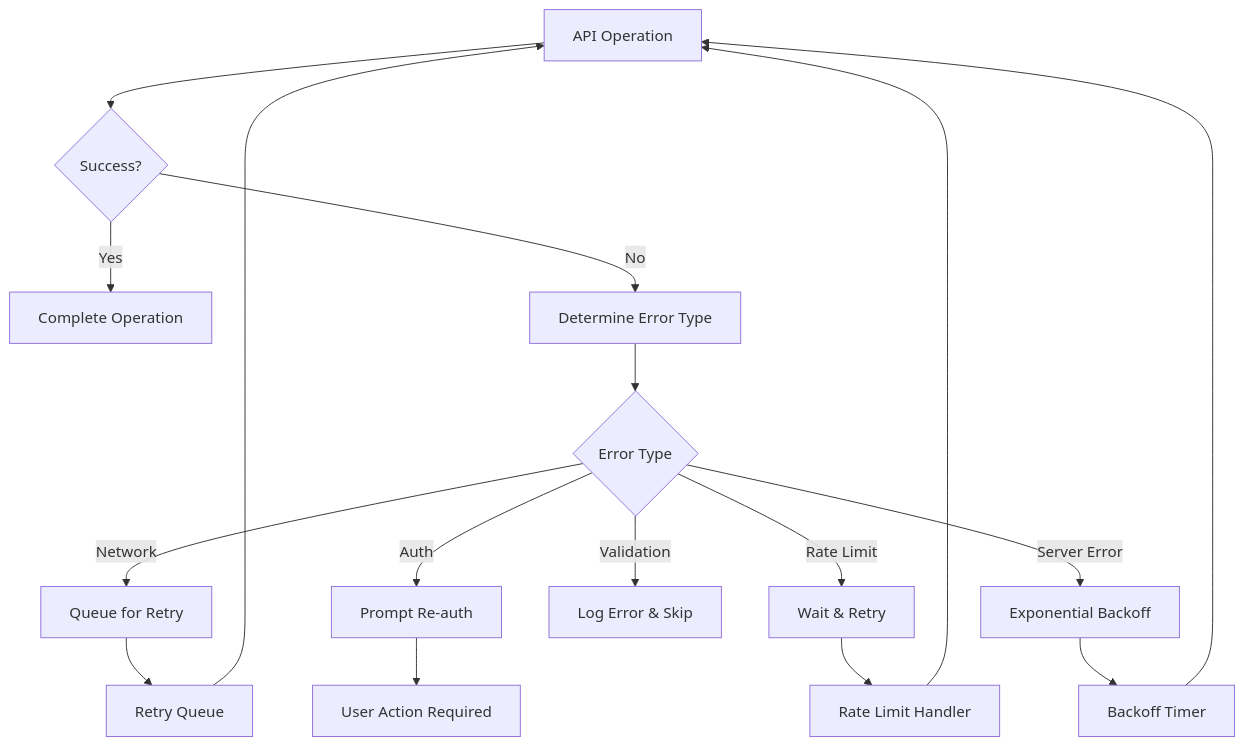
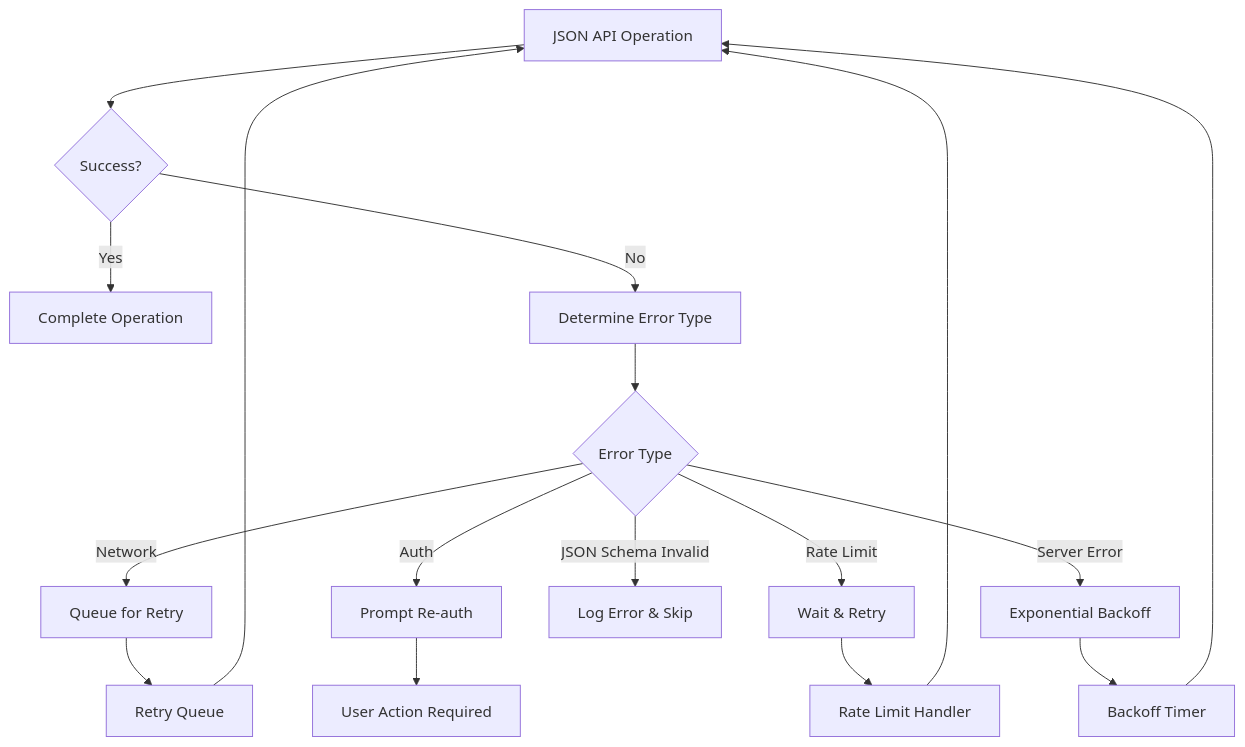
One commit to danlourenco/hubmarks changed the tenth of 14 diagrams in docs/data-flow.md. Above: the diagram before and after it, drawn with Mermaid. The commit also changed other lines of this file and 5 other files, not shown here.

First line of the commit message:
docs: update all documentation for JSON-first architecture

````diff
--- a/docs/data-flow.md
+++ b/docs/data-flow.md
@@ -258,22 +293,22 @@
 ```mermaid
 graph TB
-    A[API Operation] --> B{Success?}
+    A[JSON API Operation] --> B{Success?}
     B -->|Yes| C[Complete Operation]
     B -->|No| D[Determine Error Type]
     
     D --> E{Error Type}
     E -->|Network| F[Queue for Retry]
     E -->|Auth| G[Prompt Re-auth]
     E -->|Rate Limit| H[Wait & Retry]
-    E -->|Validation| I[Log Error & Skip]
+    E -->|JSON Schema Invalid| I[Log Error & Skip]
     E -->|Server Error| J[Exponential Backoff]
     
     F --> K[Retry Queue]
     G --> L[User Action Required]
     H --> M[Rate Limit Handler]
     J --> N[Backoff Timer]
     
     K --> A
     M --> A
     N --> A
 ```
````
